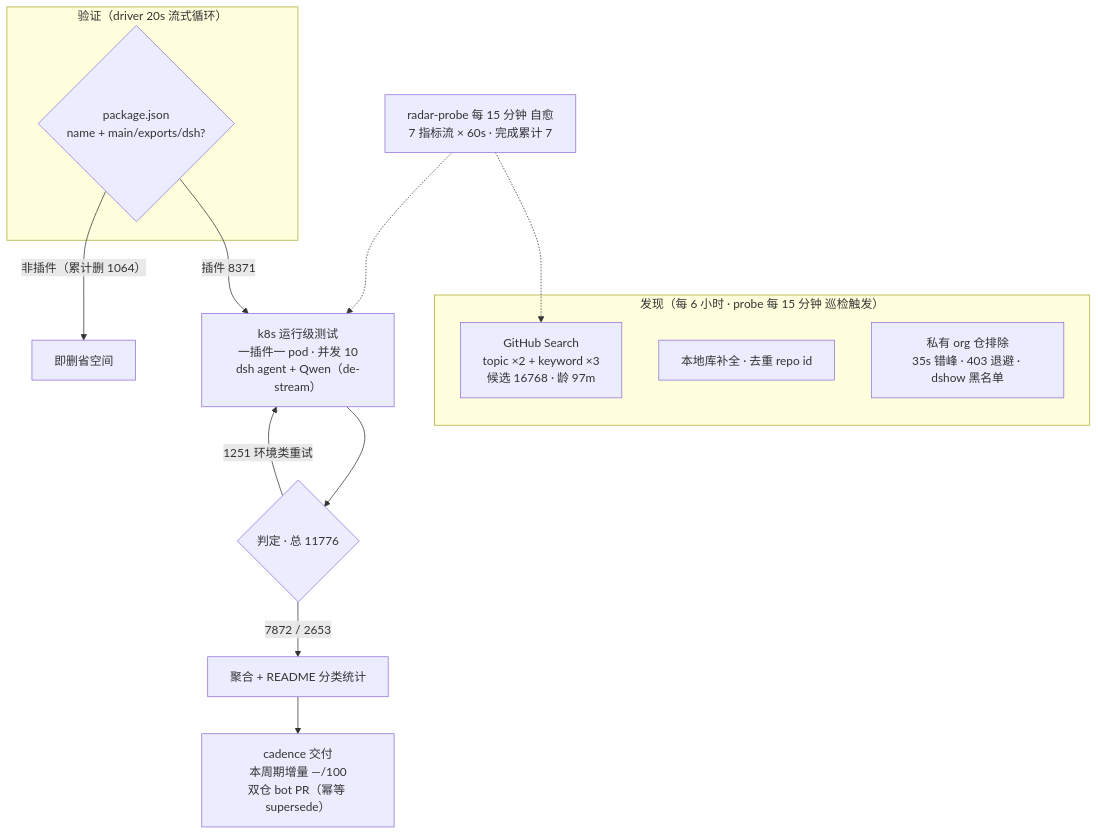
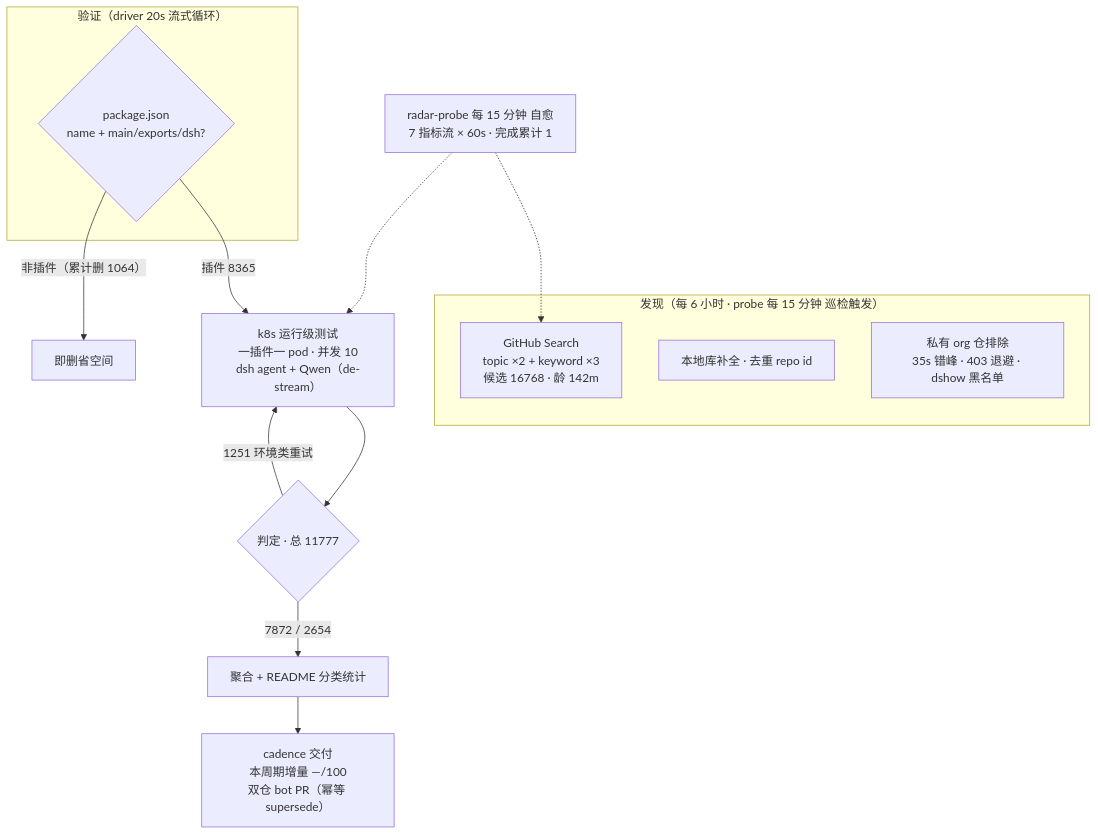
Before and after one commit to Zhidao-Lab-OSS/awesome-dsh-plugins: the diagram in README.md, drawn with Mermaid. The commit also changed other lines of this file and 1 other file, not shown here.

````diff
--- a/README.md
+++ b/README.md
@@ -52,20 +52,20 @@
 ```mermaid
 flowchart TB
     subgraph Discovery["发现（每 6 小时 · probe 每 15 分钟 巡检触发）"]
-        A1["GitHub Search<br/>topic ×2 + keyword ×3<br/>候选 16768 · 龄 97m"]
+        A1["GitHub Search<br/>topic ×2 + keyword ×3<br/>候选 16768 · 龄 142m"]
         A2["本地库补全 · 去重 repo id"]
         A3["私有 org 仓排除<br/>35s 错峰 · 403 退避 · dshow 黑名单"]
     end
     subgraph Validation["验证（driver 20s 流式循环）"]
         B1{"package.json<br/>name + main/exports/dsh?"}
     end
-    B1 -->|"插件 8371"| C1["k8s 运行级测试<br/>一插件一 pod · 并发 10<br/>dsh agent + Qwen（de-stream）"]
+    B1 -->|"插件 8365"| C1["k8s 运行级测试<br/>一插件一 pod · 并发 10<br/>dsh agent + Qwen（de-stream）"]
     B1 -->|"非插件（累计删 1064）"| B3["即删省空间"]
-    C1 --> D1{"判定 · 总 11776"}
-    D1 -->|"7872 / 2653"| E1["聚合 + README 分类统计"]
+    C1 --> D1{"判定 · 总 11777"}
+    D1 -->|"7872 / 2654"| E1["聚合 + README 分类统计"]
     D1 -->|"1251 环境类重试"| C1
     E1 --> E2["cadence 交付<br/>本周期增量 —/100<br/>双仓 bot PR（幂等 supersede）"]
-    M["radar-probe 每 15 分钟 自愈<br/>7 指标流 × 60s · 完成累计 7"]
+    M["radar-probe 每 15 分钟 自愈<br/>7 指标流 × 60s · 完成累计 1"]
     M -.-> A1
     M -.-> C1
 ```
````
